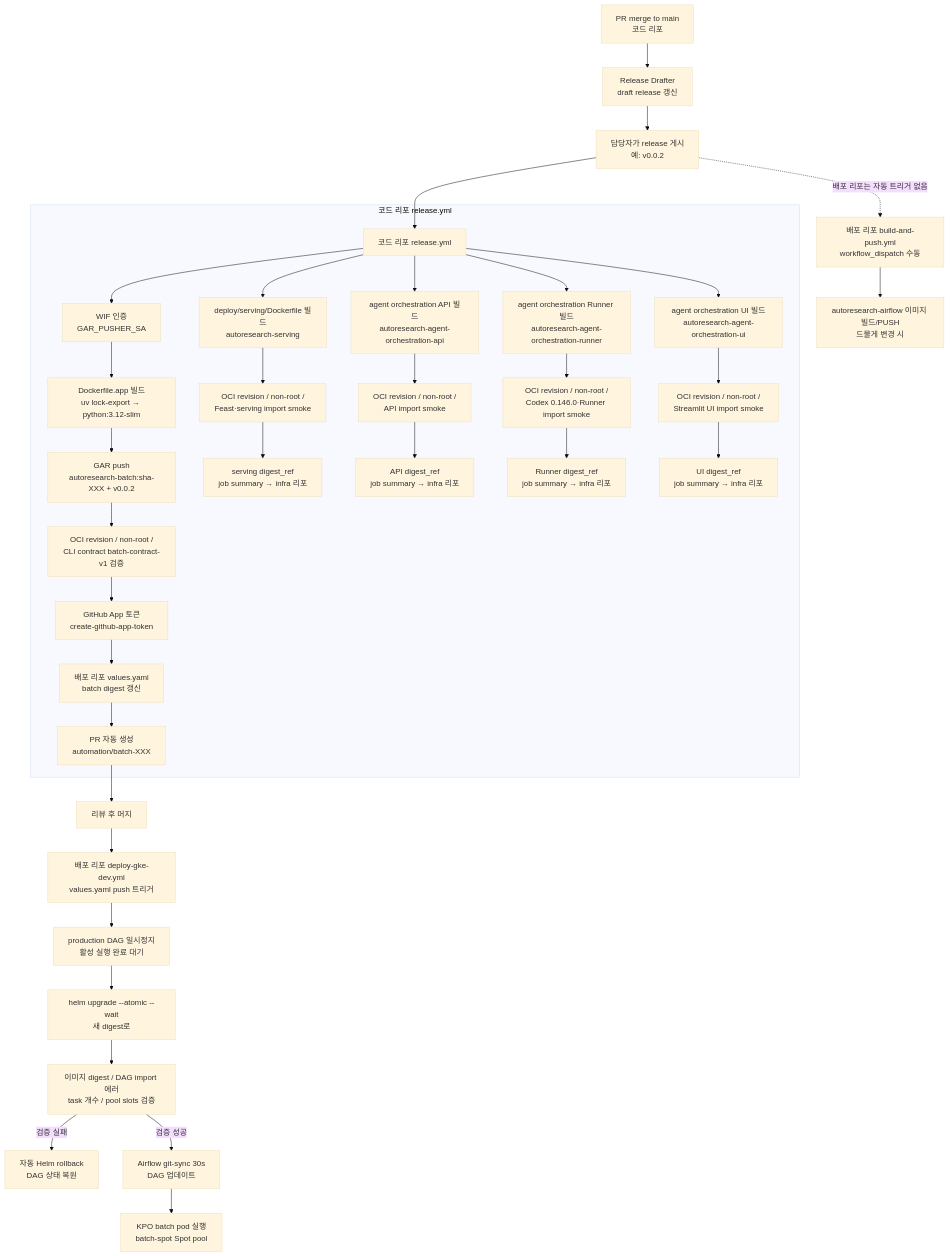
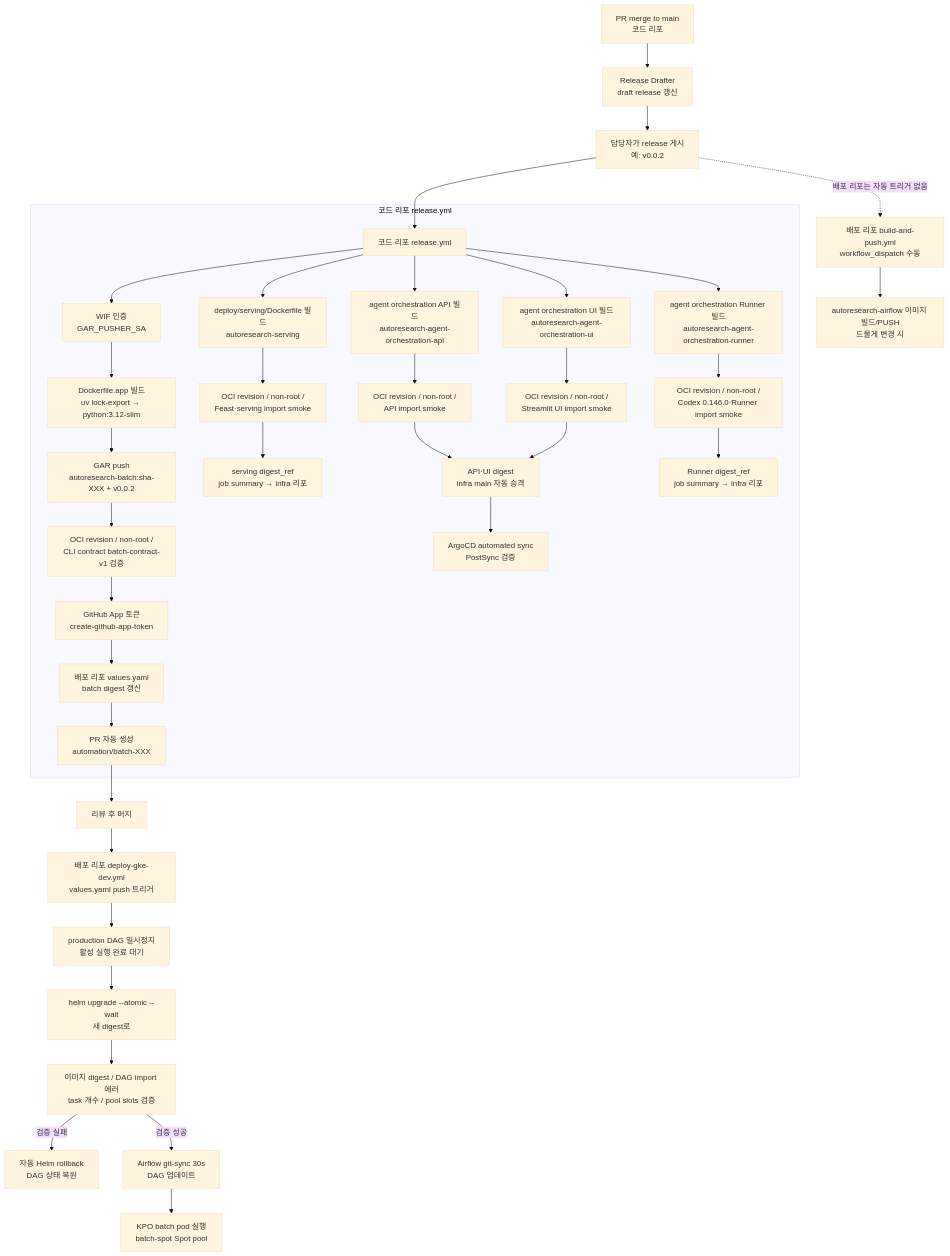
Before and after one commit to SKYAHO/Autoresearch: the diagram in docs/guides/release-pipeline.md, drawn with Mermaid (base theme). The commit also changed other lines of this file and 3 other files, not shown here.

````diff
--- a/docs/guides/release-pipeline.md
+++ b/docs/guides/release-pipeline.md
@@ -24,40 +24,41 @@
 ```mermaid
 flowchart TD
     PR[PR merge to main<br/>코드 리포] --> RD[Release Drafter<br/>draft release 갱신]
     RD --> PUB[담당자가 release 게시<br/>예: v0.0.2]
     PUB --> RY[코드 리포 release.yml]
 
     subgraph 코드 리포 release.yml
         RY --> WIF1[WIF 인증<br/>GAR_PUSHER_SA]
         WIF1 --> BUILD[Dockerfile.app 빌드<br/>uv lock-export → python:3.12-slim]
         BUILD --> PUSH1[GAR push<br/>autoresearch-batch:sha-XXX + v0.0.2]
         PUSH1 --> VERIFY[OCI revision / non-root /<br/>CLI contract batch-contract-v1 검증]
         VERIFY --> APP[GitHub App 토큰<br/>create-github-app-token]
         APP --> PROMO[배포 리포 values.yaml<br/>batch digest 갱신]
         PROMO --> PRAUTO[PR 자동 생성<br/>automation/batch-XXX]
         RY --> SERVING[deploy/serving/Dockerfile 빌드<br/>autoresearch-serving]
         SERVING --> SVERIFY[OCI revision / non-root /<br/>Feast·serving import smoke]
         SVERIFY --> SSUMMARY[serving digest_ref<br/>job summary → infra 리포]
         RY --> ORCHAPI[agent orchestration API 빌드<br/>autoresearch-agent-orchestration-api]
         ORCHAPI --> ORCHAPIVERIFY[OCI revision / non-root /<br/>API import smoke]
-        ORCHAPIVERIFY --> ORCHAPISUMMARY[API digest_ref<br/>job summary → infra 리포]
+        ORCHAPIVERIFY --> ORCHPROMOTE[API·UI digest<br/>infra main 자동 승격]
         RY --> ORCHRUNNER[agent orchestration Runner 빌드<br/>autoresearch-agent-orchestration-runner]
         ORCHRUNNER --> ORCHRUNNERVERIFY[OCI revision / non-root /<br/>Codex 0.146.0·Runner import smoke]
         ORCHRUNNERVERIFY --> ORCHRUNNERSUMMARY[Runner digest_ref<br/>job summary → infra 리포]
         RY --> ORCHUI[agent orchestration UI 빌드<br/>autoresearch-agent-orchestration-ui]
         ORCHUI --> ORCHUIVERIFY[OCI revision / non-root /<br/>Streamlit UI import smoke]
-        ORCHUIVERIFY --> ORCHUISUMMARY[UI digest_ref<br/>job summary → infra 리포]
+        ORCHUIVERIFY --> ORCHPROMOTE
+        ORCHPROMOTE --> ARGOCD[ArgoCD automated sync<br/>PostSync 검증]
     end
 
     PRAUTO --> MERGE2[리뷰 후 머지]
     MERGE2 --> DEPLOY[배포 리포 deploy-gke-dev.yml<br/>values.yaml push 트리거]
     DEPLOY --> PAUSE[production DAG 일시정지<br/>활성 실행 완료 대기]
     PAUSE --> GKE[helm upgrade --atomic --wait<br/>새 digest로]
     GKE --> VERIFY2[이미지 digest / DAG import 에러<br/>task 개수 / pool slots 검증]
     VERIFY2 -->|검증 실패| ROLLBACK[자동 Helm rollback<br/>DAG 상태 복원]
     VERIFY2 -->|검증 성공| GITSYNC[Airflow git-sync 30s<br/>DAG 업데이트]
     GITSYNC --> KPO[KPO batch pod 실행<br/>batch-spot Spot pool]
 
     PUB -.->|배포 리포는 자동 트리거 없음| BAP[배포 리포 build-and-push.yml<br/>workflow_dispatch 수동]
     BAP --> AIRFLOW[autoresearch-airflow 이미지 빌드/PUSH<br/>드물게 변경 시]
 ```
````
